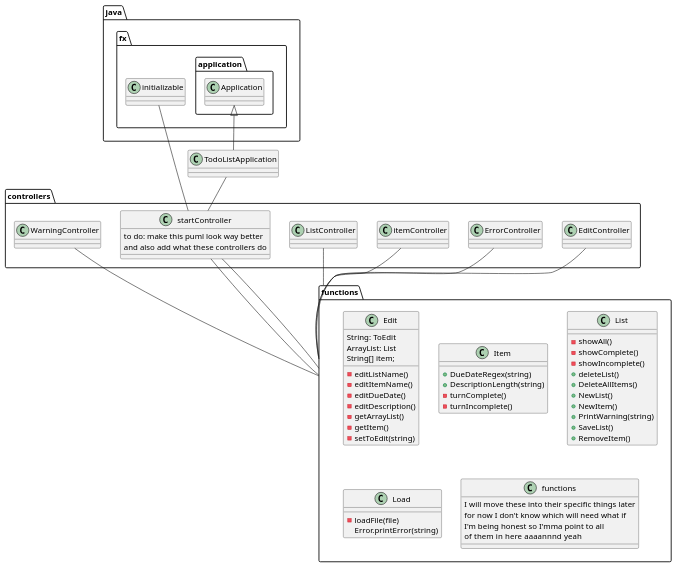
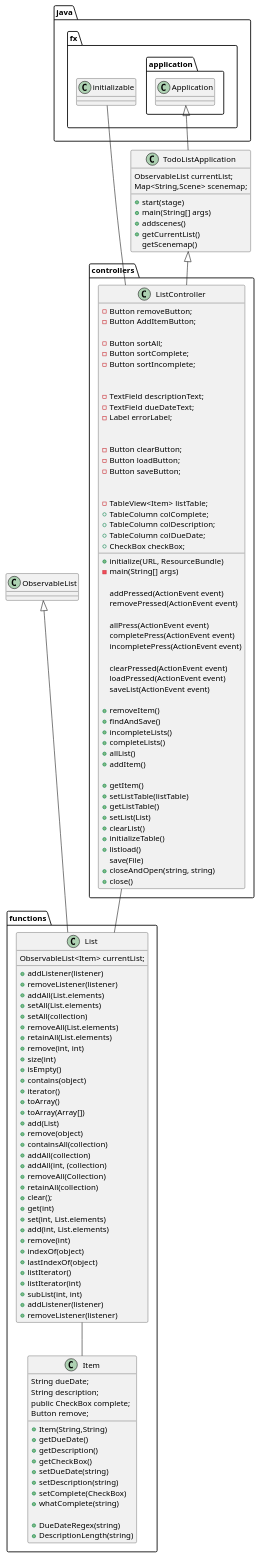
Before and after one commit to Tomatoats/backUpRepoBeforeImessThingsUp: the diagram in docs/Application.puml, drawn with PlantUML. The commit also changed 4 other files, not shown here.

```diff
--- a/docs/Application.puml
+++ b/docs/Application.puml
@@ -1,72 +1,140 @@
 @startuml
 
 package controllers{
+class ListController {
+    -Button removeButton;
+    -Button AddItemButton;
 
-class EditController {}
-class ErrorController {}
-class itemController {}
-class ListController {}
-class startController {
-to do: make this puml look way better
-and also add what these controllers do
+    -Button sortAll;
+    -Button sortComplete;
+    -Button sortIncomplete;
+
+
+    -TextField descriptionText;
+    -TextField dueDateText;
+    -Label errorLabel;
+
+
+    -Button clearButton;
+    -Button loadButton;
+    -Button saveButton;
+
+
+    -TableView<Item> listTable;
+    +TableColumn colComplete;
+    +TableColumn colDescription;
+    +TableColumn colDueDate;
+    +CheckBox checkBox;
+
+    +initialize(URL, ResourceBundle)
+    -main(String[] args)
+
+    addPressed(ActionEvent event)
+    removePressed(ActionEvent event)
+
+    allPress(ActionEvent event)
+    completePress(ActionEvent event)
+    incompletePress(ActionEvent event)
+
+    clearPressed(ActionEvent event)
+    loadPressed(ActionEvent event)
+    saveList(ActionEvent event)
+
+    +removeItem()
+    +findAndSave()
+    +incompleteLists()
+    +completeLists()
+    +allList()
+    +addItem()
+
+    +getItem()
+    +setListTable(listTable)
+    +getListTable()
+    +setList(List)
+    +clearList()
+    +initializeTable()
+    +listload()
+    save(File)
+    +closeAndOpen(string, string)
+    +close()
+    }
 }
-class WarningController {}
+class ObservableList{}
+
+class TodoListApplication{
+    ObservableList currentList;
+    Map<String,Scene> scenemap;
+
+    +start(stage)
+    +main(String[] args)
+    +addscenes()
+    +getCurrentList()
+    getScenemap()
+
 }
 package functions {
-    class Edit {
-    String: ToEdit
-    ArrayList: List
-    String[] item;
-    -editListName()
-    -editItemName()
-    -editDueDate()
-    -editDescription()
-    -getArrayList()
-    -getItem()
-    -setToEdit(string)
-    }
+    class Item{
+     String dueDate;
+     String description;
+     public CheckBox complete;
+     Button remove;
+     +Item(String,String)
+     +getDueDate()
+     +getDescription()
+     +getCheckBox()
+     +setDueDate(string)
+     +setDescription(string)
+     +setComplete(CheckBox)
+     +whatComplete(string)
 
-    class Item{
     +DueDateRegex(string)
     +DescriptionLength(string)
-    -turnComplete()
-    -turnIncomplete()
     }
 
     class List {
-    -showAll()
-    -showComplete()
-    -showIncomplete()
-    +deleteList()
-    +DeleteAllItems()
-    +NewList()
-    +NewItem()
-    +PrintWarning(string)
-    +SaveList()
-    +RemoveItem()
+     ObservableList<Item> currentList;
+     +addListener(listener)
+     +removeListener(listener)
+     +addAll(List.elements)
+     +setAll(List.elements)
+     +setAll(collection)
+     +removeAll(List.elements)
+     +retainAll(List.elements)
+     +remove(int, int)
+     +size(int)
+     +isEmpty()
+     +contains(object)
+     +iterator()
+     +toArray()
+     +toArray(Array[])
+     +add(List)
+     +remove(object)
+     +containsAll(collection)
+     +addAll(collection)
+     +addAll(int, (collection)
+     +removeAll(Collection)
+     +retainAll(collection)
+     +clear();
+     +get(int)
+     +set(int, List.elements)
+     +add(int, List.elements)
+     +remove(int)
+     +indexOf(object)
+     +lastIndexOf(object)
+     +listIterator()
+     +listIterator(int)
+     +subList(int, int)
+     +addListener(listener)
+     +removeListener(listener)
+
     }
 
-    class Load {
-    -loadFile(file)
-    Error.printError(string)
-    }
-
-    class functions {
-    I will move these into their specific things later
-    for now I don't know which will need what if
-     I'm being honest so I'mma point to all
-     of them in  here aaaannnd yeah
-    }
 }
 java.fx.application.Application <|-- TodoListApplication
-TodoListApplication -- startController
-java.fx.initializable -- startController
-startController -- functions
-EditController -- functions
-ErrorController -- functions
-itemController -- functions
-ListController -- functions
-startController -- functions
-WarningController -- functions
+TodoListApplication <|-- ListController
+java.fx.initializable -- ListController
+ObservableList <|-- List
+List -- Item
+ListController -- List
 
 @enduml
```
